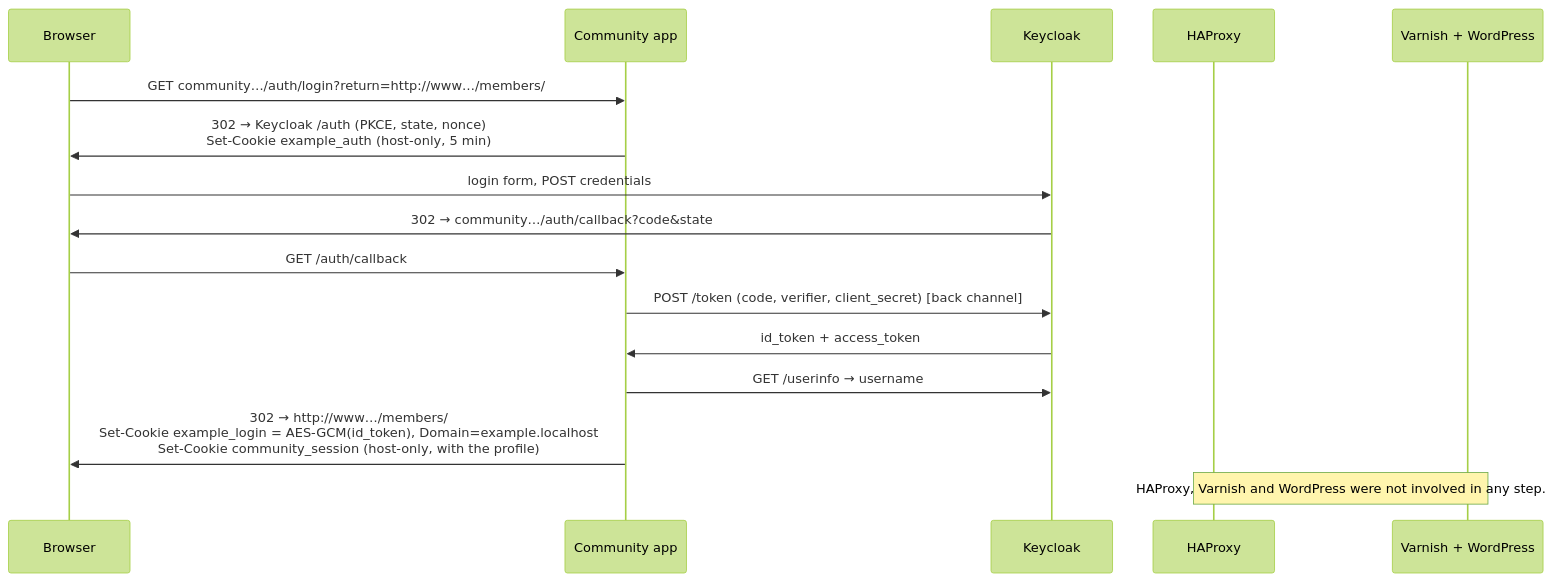
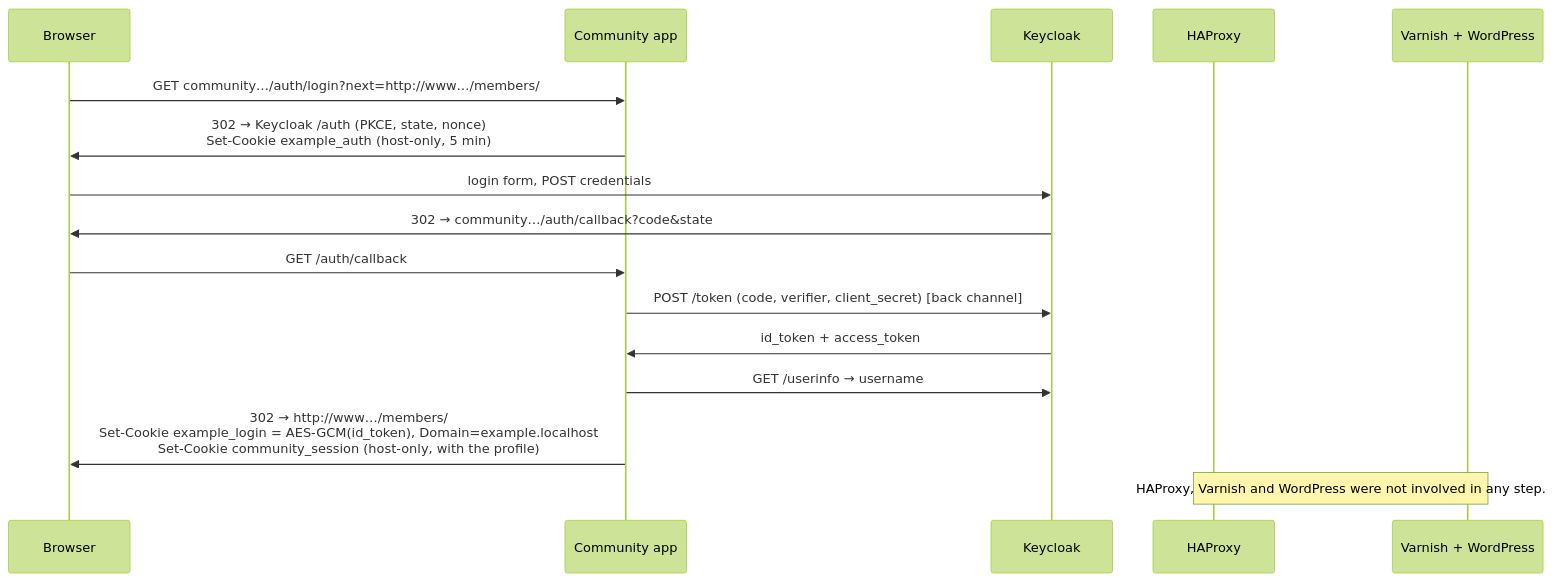
Before and after one commit to correctiv/oidc-wp-prototype: the first of 4 diagrams in README.md, drawn with Mermaid (forest theme). The commit also changed other lines of this file and 5 other files, not shown here.

First line of the commit message:
Use next instead of return as the continue-to parameter

````diff
--- a/README.md
+++ b/README.md
@@ -79,18 +79,18 @@
 ```mermaid
 sequenceDiagram
     participant B as Browser
     participant C as Community app
     participant K as Keycloak
     participant H as HAProxy
     participant W as Varnish + WordPress
-    B->>C: GET community…/auth/login?return=http://www…/members/
+    B->>C: GET community…/auth/login?next=http://www…/members/
     C->>B: 302 → Keycloak /auth (PKCE, state, nonce)<br/>Set-Cookie example_auth (host-only, 5 min)
     B->>K: login form, POST credentials
     K->>B: 302 → community…/auth/callback?code&state
     B->>C: GET /auth/callback
     C->>K: POST /token (code, verifier, client_secret) [back channel]
     K->>C: id_token + access_token
     C->>K: GET /userinfo → username
     C->>B: 302 → http://www…/members/<br/>Set-Cookie example_login = AES-GCM(id_token), Domain=example.localhost<br/>Set-Cookie community_session (host-only, with the profile)
     Note over H,W: HAProxy, Varnish and WordPress were not involved in any step.
 ```
````
